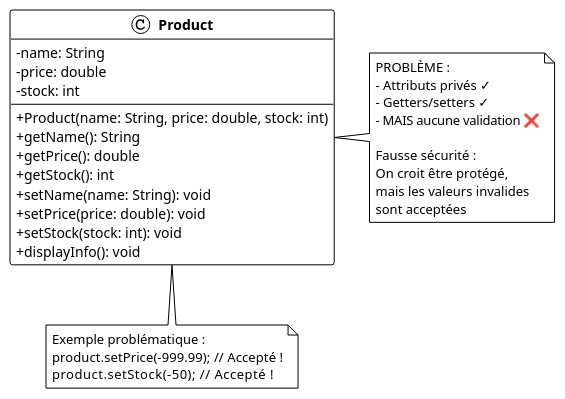
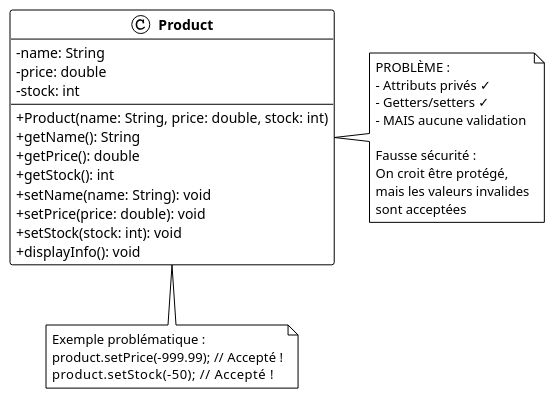
The diagram in 01-contenus-du-cours/05-programmation-orientee-objet-encapsulation-et-heritage/images/exemple-12-a-eviter-validation-manquante.puml (heig-vd-progim-course/heig-vd-progim2-course), drawn with PlantUML before and after one commit.

Commit message:
Fix validation note in UML diagram for Product class

```diff
--- a/01-contenus-du-cours/05-programmation-orientee-objet-encapsulation-et-heritage/images/exemple-12-a-eviter-validation-manquante.puml
+++ b/01-contenus-du-cours/05-programmation-orientee-objet-encapsulation-et-heritage/images/exemple-12-a-eviter-validation-manquante.puml
@@ -1,42 +1,42 @@
 @startuml exemple-12-a-eviter-validation-manquante
 !theme plain
 
 skinparam classAttributeIconSize 0
 skinparam classFontStyle bold
 
 class Product {
   - name: String
   - price: double
   - stock: int
   --
   + Product(name: String, price: double, stock: int)
   + getName(): String
   + getPrice(): double
   + getStock(): int
   + setName(name: String): void
   + setPrice(price: double): void
   + setStock(stock: int): void
   + displayInfo(): void
 }
 
 note right of Product
   PROBLÈME :
   - Attributs privés ✓
   - Getters/setters ✓
-  - MAIS aucune validation ❌
+  - MAIS aucune validation
   
   Fausse sécurité :
   On croit être protégé,
   mais les valeurs invalides
   sont acceptées
 end note
 
 note bottom of Product
   Exemple problématique :
   product.setPrice(-999.99);  // Accepté !
   product.setStock(-50);      // Accepté !
 end note
 
 
 
 @enduml
```
